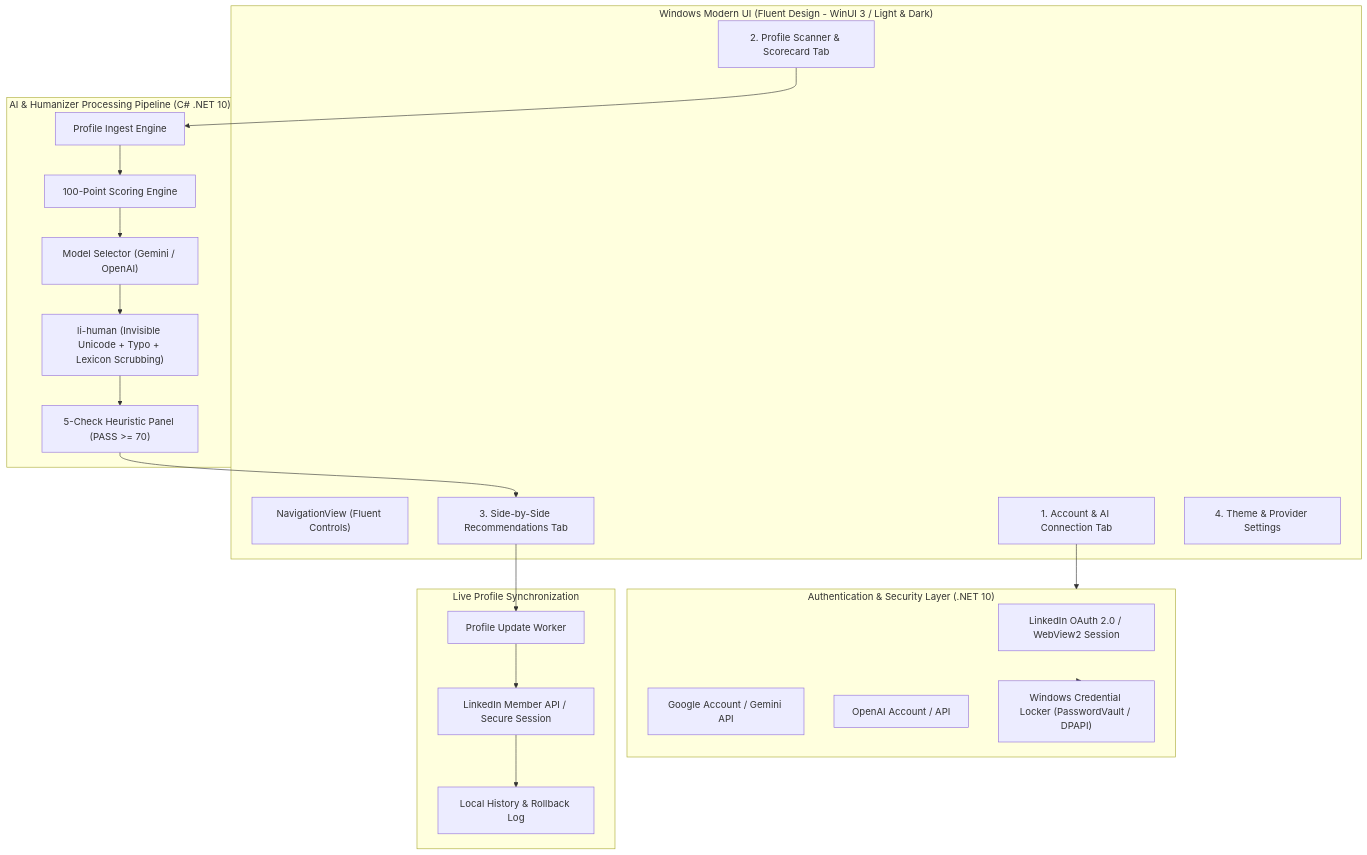
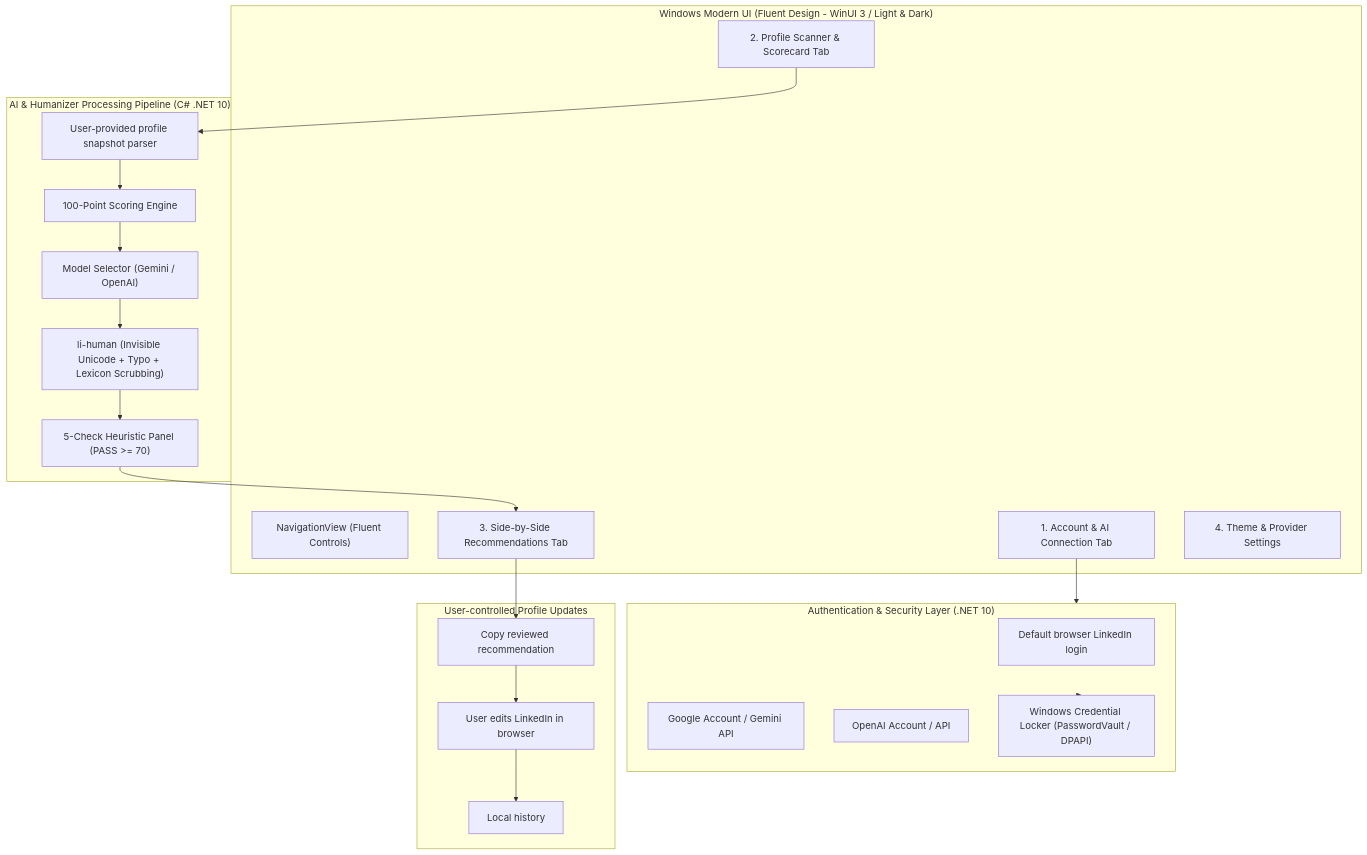
Before and after one commit to git-maniam/LIpstick: the diagram in SPEC.md, drawn with Mermaid. The commit also changed other lines of this file and 19 other files, not shown here.

Commit message:
Switch LinkedIn setup to browser login and profile snapshots

````diff
--- a/SPEC.md
+++ b/SPEC.md
@@ -19,38 +19,38 @@
 ```mermaid
 flowchart TD
     subgraph UI ["Windows Modern UI (Fluent Design - WinUI 3 / Light & Dark)"]
         Nav["NavigationView (Fluent Controls)"]
         AuthView["1. Account & AI Connection Tab"]
         ScanView["2. Profile Scanner & Scorecard Tab"]
         DiffView["3. Side-by-Side Recommendations Tab"]
         SettingsView["4. Theme & Provider Settings"]
     end
 
     subgraph AuthLayer ["Authentication & Security Layer (.NET 10)"]
-        LIAuth["LinkedIn OAuth 2.0 / WebView2 Session"]
+        LIAuth["Default browser LinkedIn login"]
         GoogleAuth["Google Account / Gemini API"]
         OAIAuth["OpenAI Account / API"]
         CredMgr["Windows Credential Locker (PasswordVault / DPAPI)"]
     end
 
     subgraph CoreEngine ["AI & Humanizer Processing Pipeline (C# .NET 10)"]
         LLMSelect["Model Selector (Gemini / OpenAI)"]
-        Scraper["Profile Ingest Engine"]
+        SnapshotParser["User-provided profile snapshot parser"]
         Rubric["100-Point Scoring Engine"]
         Humanizer["li-human (Invisible Unicode + Typo + Lexicon Scrubbing)"]
         Detector["5-Check Heuristic Panel (PASS >= 70)"]
     end
 
-    subgraph WriteBack ["Live Profile Synchronization"]
-        ApplyEngine["Profile Update Worker"]
-        LIApi["LinkedIn Member API / Secure Session"]
-        AuditLog["Local History & Rollback Log"]
+    subgraph WriteBack ["User-controlled Profile Updates"]
+        ApplyEngine["Copy reviewed recommendation"]
+        LIApi["User edits LinkedIn in browser"]
+        AuditLog["Local history"]
     end
 
     AuthView --> AuthLayer
     AuthLayer --> CredMgr
-    ScanView --> Scraper --> Rubric
+    ScanView --> SnapshotParser --> Rubric
     Rubric --> LLMSelect --> Humanizer --> Detector
     Detector --> DiffView
     DiffView --> ApplyEngine --> LIApi --> AuditLog
 ```
````
